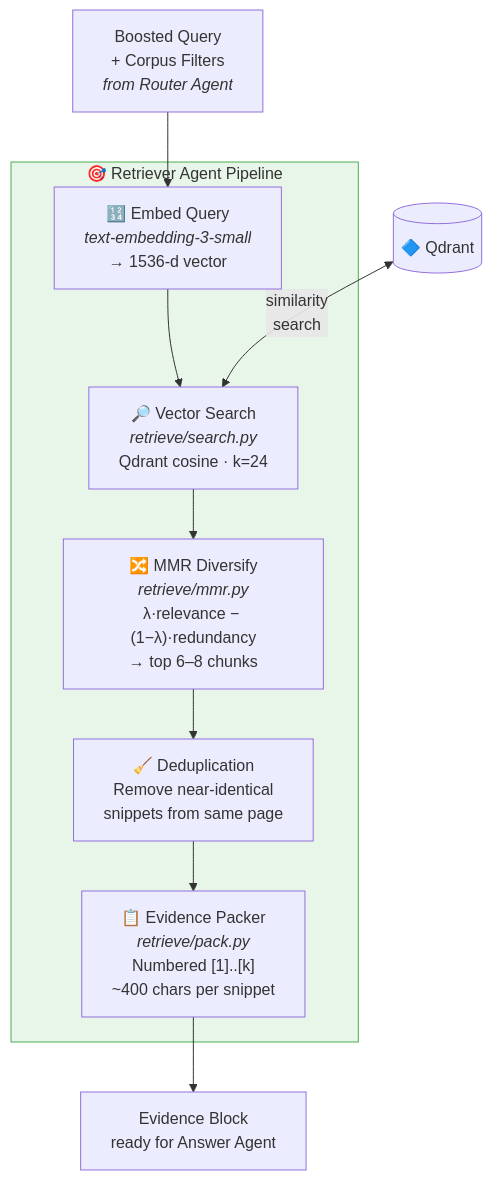
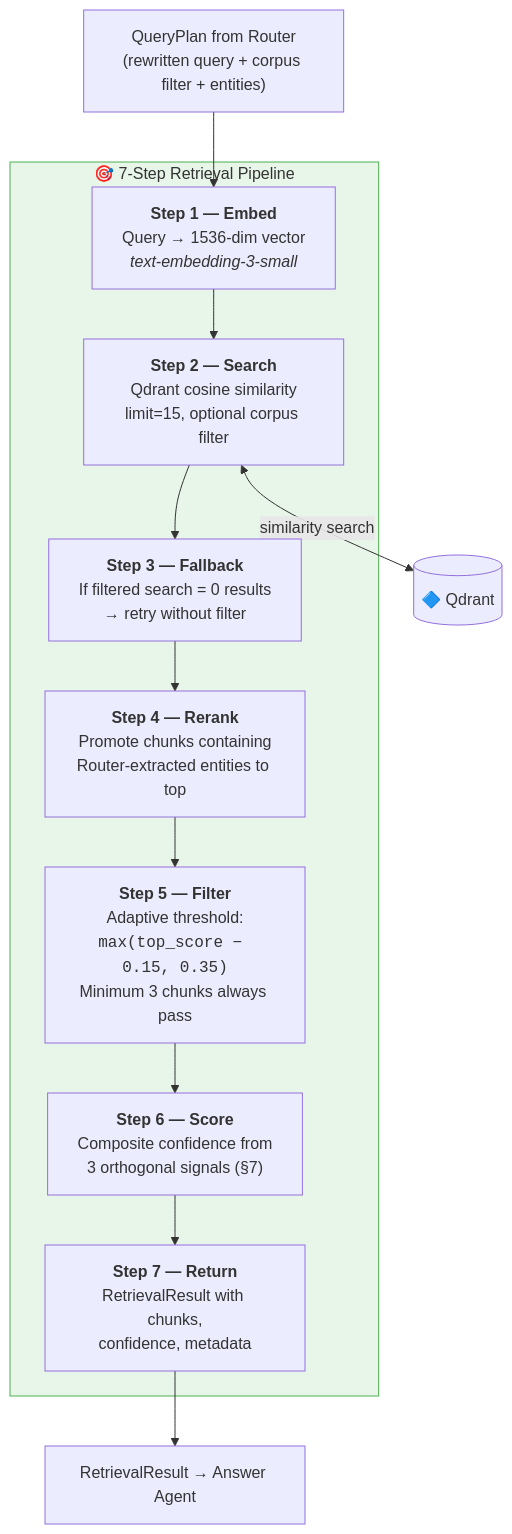
Before and after one commit to uditauniyal/legal-mvp: the fourth of 8 diagrams in README.md, drawn with Mermaid. The commit also changed other lines of this file, not shown here.

Commit message:
Updated Readme with confidence scoring

````diff
--- a/README.md
+++ b/README.md
@@ -265,24 +254,22 @@
 ```mermaid
 flowchart TD
-    IN["Boosted Query<br/>+ Corpus Filters<br/><i>from Router Agent</i>"] --> EMBED
+    IN["QueryPlan from Router<br/>(rewritten query + corpus filter + entities)"]
 
-    subgraph RetrieverAgent["🎯 Retriever Agent Pipeline"]
-        EMBED["🔢 Embed Query<br/><i>text-embedding-3-small</i><br/>→ 1536-d vector"]
+    subgraph Pipeline["🎯 7-Step Retrieval Pipeline"]
+        S1["<b>Step 1 — Embed</b><br/>Query → 1536-dim vector<br/><i>text-embedding-3-small</i>"]
+        S2["<b>Step 2 — Search</b><br/>Qdrant cosine similarity<br/>limit=15, optional corpus filter"]
+        S3["<b>Step 3 — Fallback</b><br/>If filtered search = 0 results<br/>→ retry without filter"]
+        S4["<b>Step 4 — Rerank</b><br/>Promote chunks containing<br/>Router-extracted entities to top"]
+        S5["<b>Step 5 — Filter</b><br/>Adaptive threshold:<br/><code>max(top_score − 0.15, 0.35)</code><br/>Minimum 3 chunks always pass"]
+        S6["<b>Step 6 — Score</b><br/>Composite confidence from<br/>3 orthogonal signals (§7)"]
+        S7["<b>Step 7 — Return</b><br/>RetrievalResult with chunks,<br/>confidence, metadata"]
 
-        SEARCH["🔎 Vector Search<br/><i>retrieve/search.py</i><br/>Qdrant cosine · k=24"]
-
-        MMR_S["🔀 MMR Diversify<br/><i>retrieve/mmr.py</i><br/>λ·relevance − (1−λ)·redundancy<br/>→ top 6–8 chunks"]
-
-        DEDUP["🧹 Deduplication<br/>Remove near-identical<br/>snippets from same page"]
-
-        PACK_S["📋 Evidence Packer<br/><i>retrieve/pack.py</i><br/>Numbered [1]..[k]<br/>~400 chars per snippet"]
-
-        EMBED --> SEARCH --> MMR_S --> DEDUP --> PACK_S
+        S1 --> S2 --> S3 --> S4 --> S5 --> S6 --> S7
     end
 
-    PACK_S --> OUT["Evidence Block<br/>ready for Answer Agent"]
+    IN --> S1
+    S7 --> OUT["RetrievalResult → Answer Agent"]
+    S2 <-->|"similarity search"| QD[("🔷 Qdrant")]
 
-    QD[("🔷 Qdrant")] <-->|"similarity<br/>search"| SEARCH
-
-    style RetrieverAgent fill:#e8f5e9,stroke:#4CAF50
+    style Pipeline fill:#e8f5e9,stroke:#4CAF50
 ```
````
